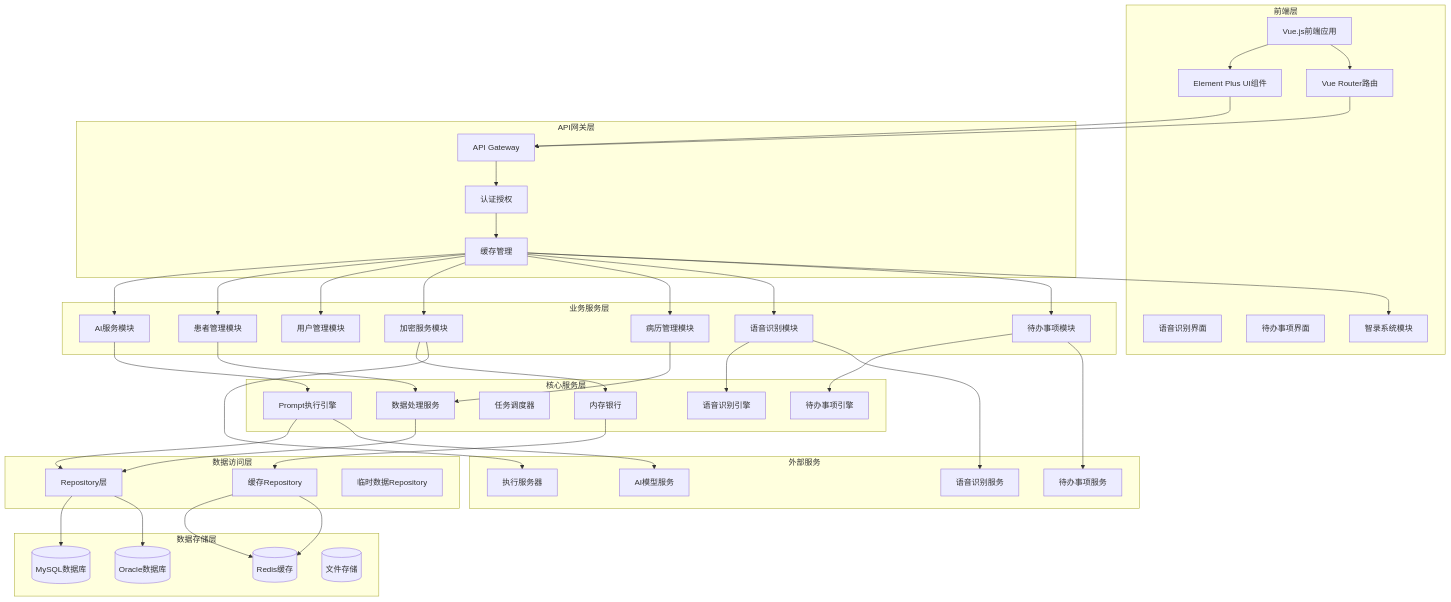
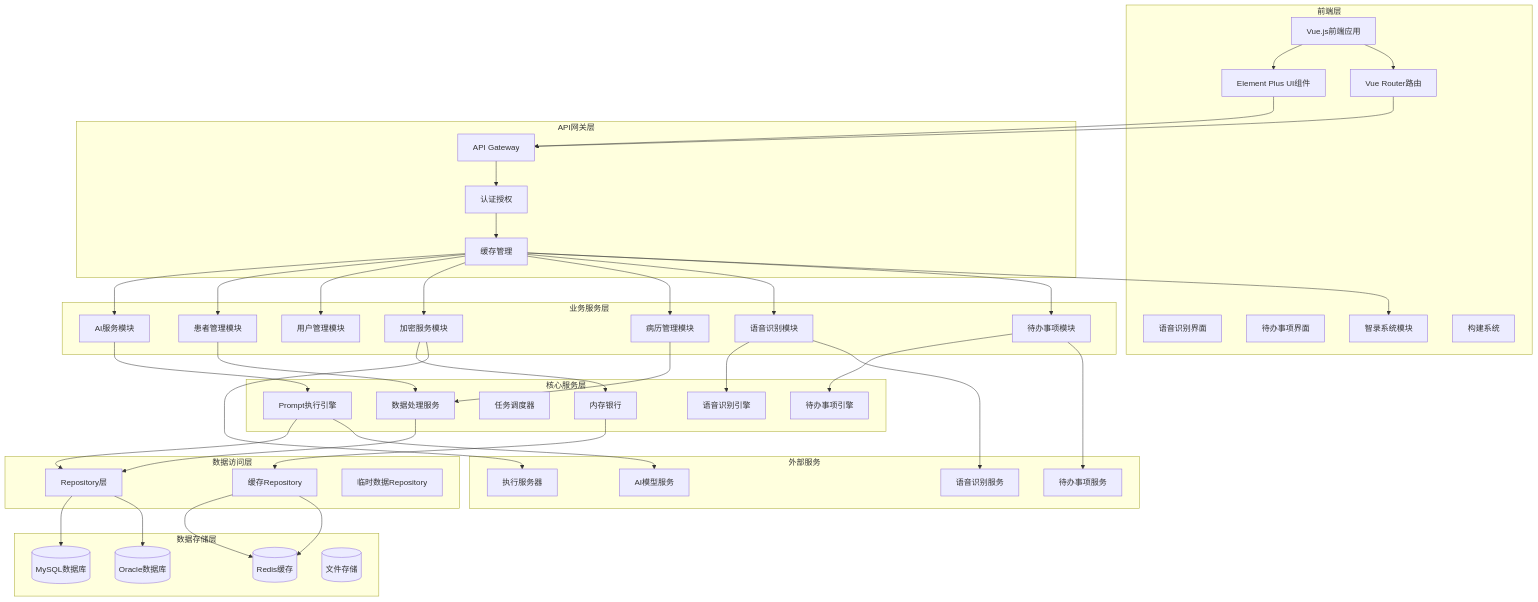
The first of 16 diagrams in .qoder/repowiki/zh/content/Medical Record Operation Guide.md (liuzh2008/med_ai_assistant_workspace), drawn with Mermaid before and after one commit. The commit also changed other lines of this file and 2 other files, not shown here.

```diff
--- a/.qoder/repowiki/zh/content/Medical Record Operation Guide.md
+++ b/.qoder/repowiki/zh/content/Medical Record Operation Guide.md
@@ -64,6 +71,7 @@
 VoiceUI[语音识别界面]
 TodoUI[待办事项界面]
 SmartInput[智录系统界面]
+BuildSystem[构建系统]
 end
 subgraph "API网关层"
 Gateway[API Gateway]
```
